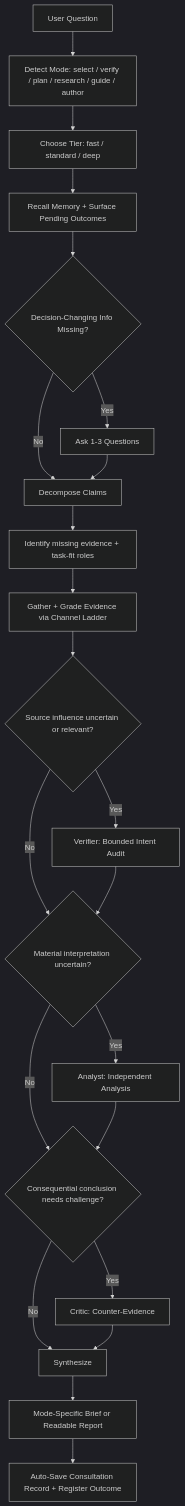
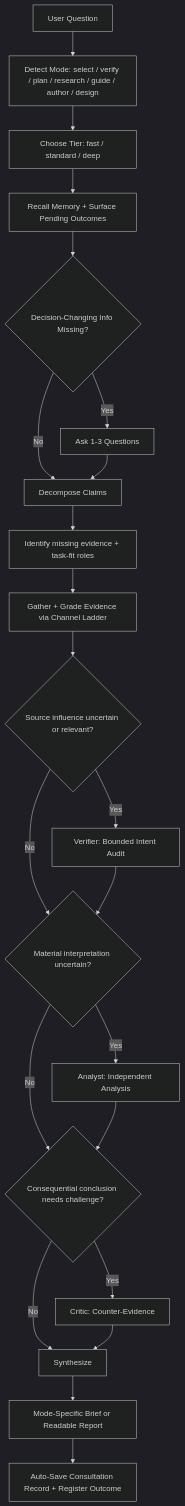
Before and after one commit to Arrowyi/janus-agent-plugin: the second of 2 diagrams in docs/architecture.md, drawn with Mermaid (dark theme). The commit also changed other lines of this file and 8 other files, not shown here.

Commit message:
Document the design mode and add design evals

````diff
--- a/docs/architecture.md
+++ b/docs/architecture.md
@@ -186,24 +191,24 @@
 ```mermaid
 flowchart TD
-    Q[User Question] --> MODE[Detect Mode: select / verify / plan / research / guide / author]
+    Q[User Question] --> MODE[Detect Mode: select / verify / plan / research / guide / author / design]
     MODE --> T[Choose Tier: fast / standard / deep]
     T --> M[Recall Memory + Surface Pending Outcomes]
     M --> C{Decision-Changing Info Missing?}
     C -->|Yes| ASK[Ask 1-3 Questions]
     C -->|No| D[Decompose Claims]
     ASK --> D
     D --> R[Identify missing evidence + task-fit roles]
     R --> G[Gather + Grade Evidence via Channel Ladder]
     G --> V{Source influence uncertain or relevant?}
     V -->|Yes| IA[Verifier: Bounded Intent Audit]
     V -->|No| A{Material interpretation uncertain?}
     IA --> A
     A -->|Yes| AN[Analyst: Independent Analysis]
     A -->|No| X{Consequential conclusion needs challenge?}
     AN --> X
     X -->|Yes| CE[Critic: Counter-Evidence]
     X -->|No| SYN[Synthesize]
     CE --> SYN
     SYN --> O[Mode-Specific Brief or Readable Report]
     O --> SAVE[Auto-Save Consultation Record + Register Outcome]
 ```
````
